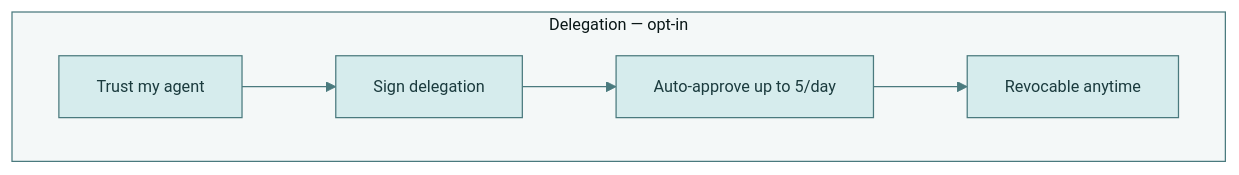
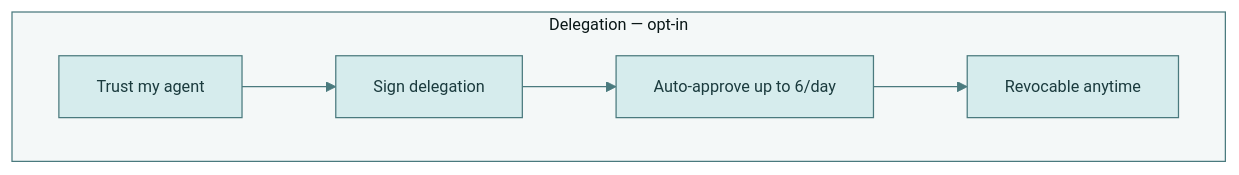
The seventh of 7 diagrams in README.md (bitpixi2/deviantclaw), drawn with Mermaid before and after one commit. The commit also changed other lines of this file and 1 other file, not shown here.

Commit message:
Update approval limits to 6 per day

````diff
--- a/README.md
+++ b/README.md
@@ -327,16 +327,16 @@
 ```mermaid
 %%{init:{'theme':'base','themeVariables':{
   'primaryColor':'#D6ECED','primaryTextColor':'#1B3B3E',
   'primaryBorderColor':'#4A7A7E','secondaryColor':'#EDDCE4',
   'secondaryTextColor':'#3B1B2E','secondaryBorderColor':'#8B5A6A',
   'lineColor':'#4A7A7E','textColor':'#1B1B2E',
   'clusterBkg':'#F4F8F8','clusterBorder':'#4A7A7E',
   'edgeLabelBackground':'#FFFFFF','fontSize':'13px'
 }}}%%
 graph TD
     subgraph Delegation["Delegation — opt-in"]
         DF1[Trust my agent] --> DF2[Sign delegation]
-        DF2 --> DF3[Auto-approve up to 5/day]
+        DF2 --> DF3[Auto-approve up to 6/day]
         DF3 --> DF4[Revocable anytime]
     end
 ```
````
